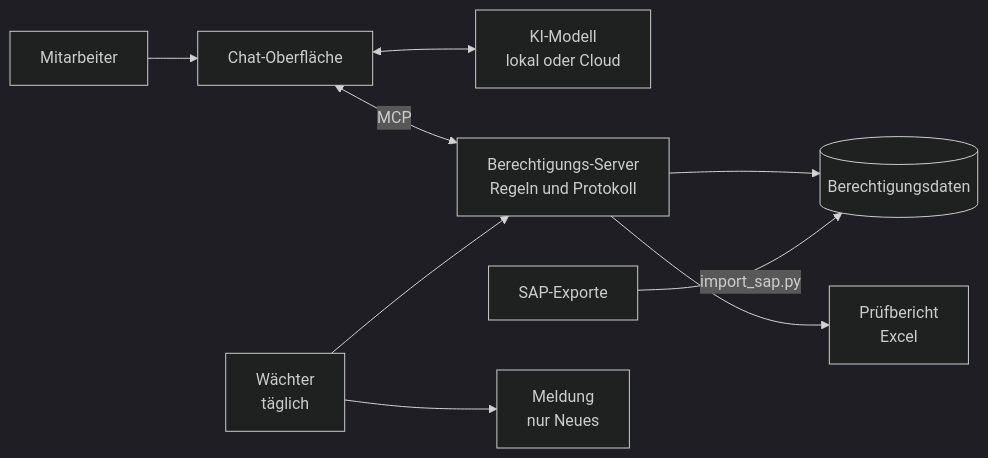
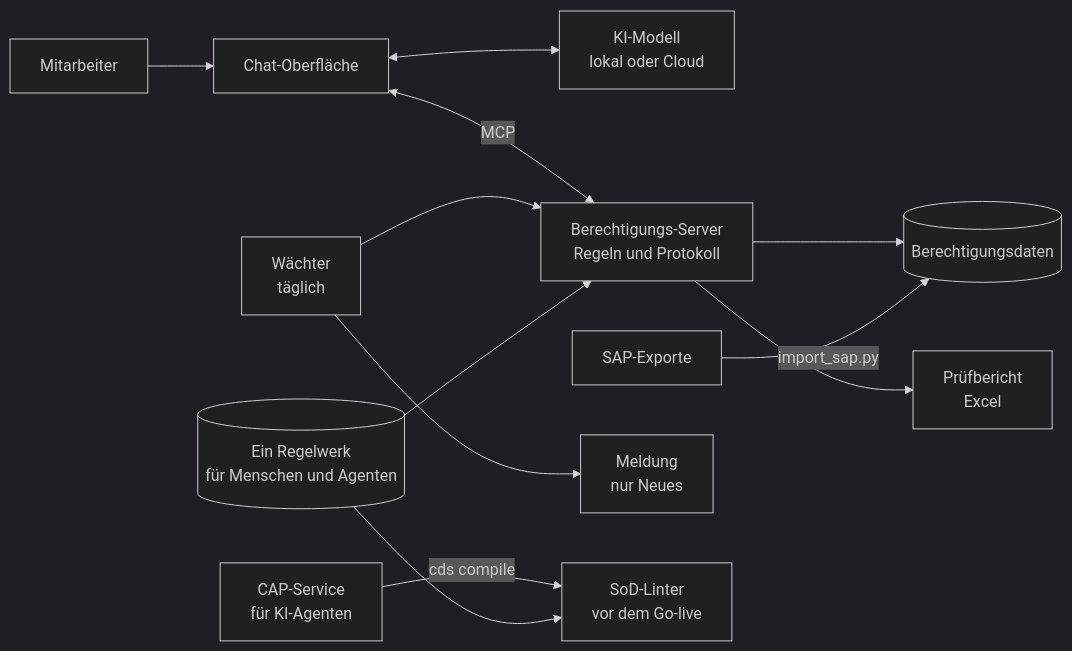
One commit to oemer-systems/sap-auth-mcp changed the second of 2 diagrams in README.md. Above: the diagram before and after it, drawn with Mermaid (dark theme). The commit also changed other lines of this file and 3 other files, not shown here.

Commit message:
README für v0.5.0: SoD-Linter für KI-Agenten, ein Regelwerk für Menschen und Agenten

````diff
--- a/README.md
+++ b/README.md
@@ -178,11 +223,14 @@
 ```mermaid
 flowchart LR
     U[Mitarbeiter] --> A[Chat-Oberfläche]
     A <--> K[KI-Modell<br>lokal oder Cloud]
     A <-->|MCP| S[Berechtigungs-Server<br>Regeln und Protokoll]
     S --> D[(Berechtigungsdaten)]
     E[SAP-Exporte] -->|import_sap.py| D
     S --> B[Prüfbericht<br>Excel]
     W[Wächter<br>täglich] --> S
     W --> R[Meldung<br>nur Neues]
+    C[CAP-Service<br>für KI-Agenten] -->|cds compile| L[SoD-Linter<br>vor dem Go-live]
+    RW[(Ein Regelwerk<br>für Menschen und Agenten)] --> S
+    RW --> L
 ```
````
